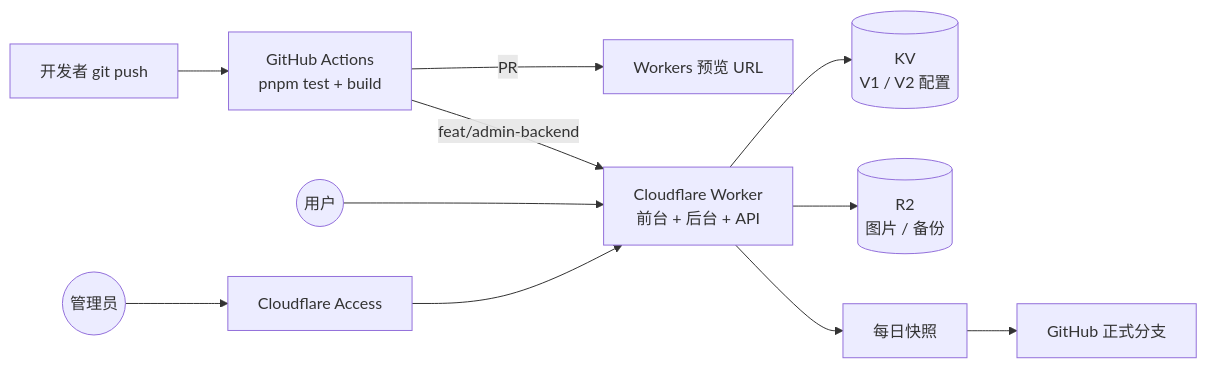
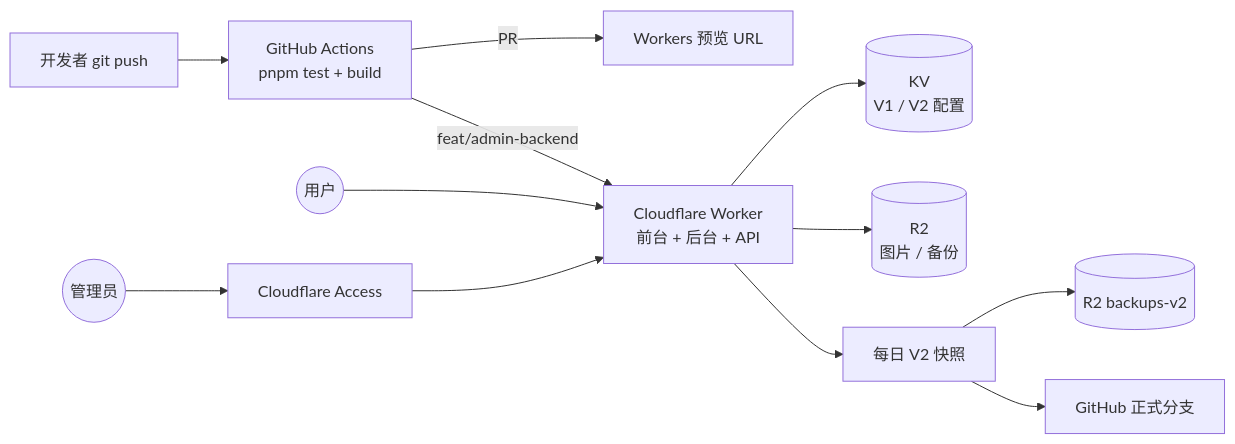
The first of 2 diagrams in docs/ARCHITECTURE.md (heytl/idv-cryptic-map), drawn with Mermaid before and after one commit. The commit also changed other lines of this file and 11 other files, not shown here.

````diff
--- a/docs/ARCHITECTURE.md
+++ b/docs/ARCHITECTURE.md
@@ -19,13 +19,14 @@
 ```mermaid
 flowchart LR
   Dev[开发者 git push] --> CI[GitHub Actions<br>pnpm test + build]
   CI -->|PR| PV[Workers 预览 URL]
   CI -->|feat/admin-backend| CF[Cloudflare Worker<br>前台 + 后台 + API]
   CF --> KV[(KV<br>V1 / V2 配置)]
   CF --> R2[(R2<br>图片 / 备份)]
-  Cron[每日快照] --> GH[GitHub 正式分支]
+  Cron[每日 V2 快照] --> R2Backup[(R2 backups-v2)]
+  Cron --> GH[GitHub 正式分支]
   CF --> Cron
   U((用户)) --> CF
   A((管理员)) --> Access[Cloudflare Access]
   Access --> CF
 ```
````
